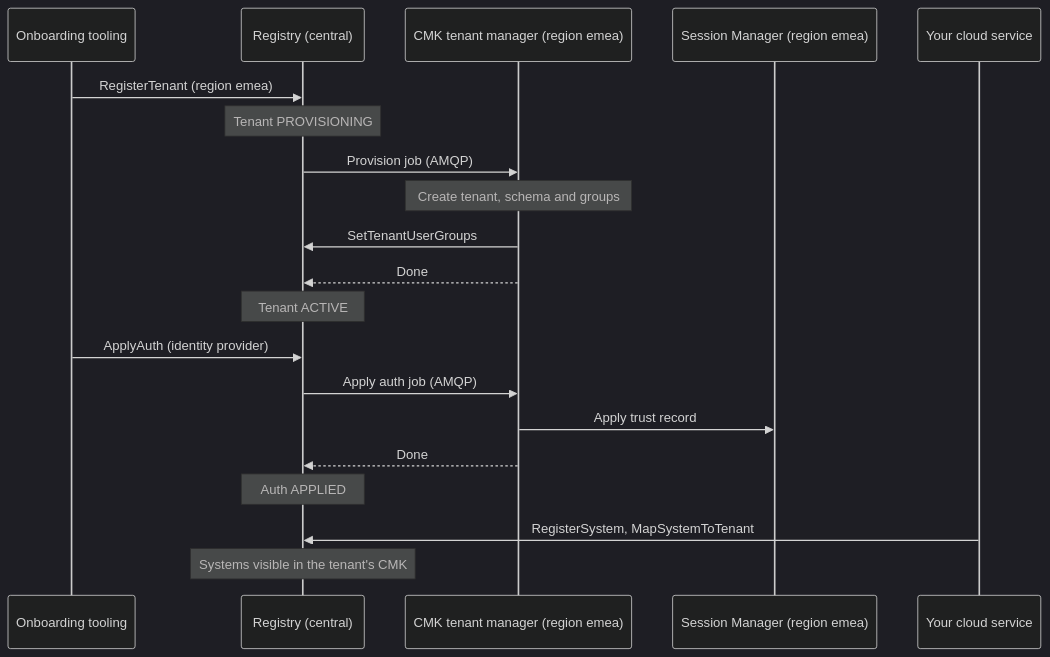
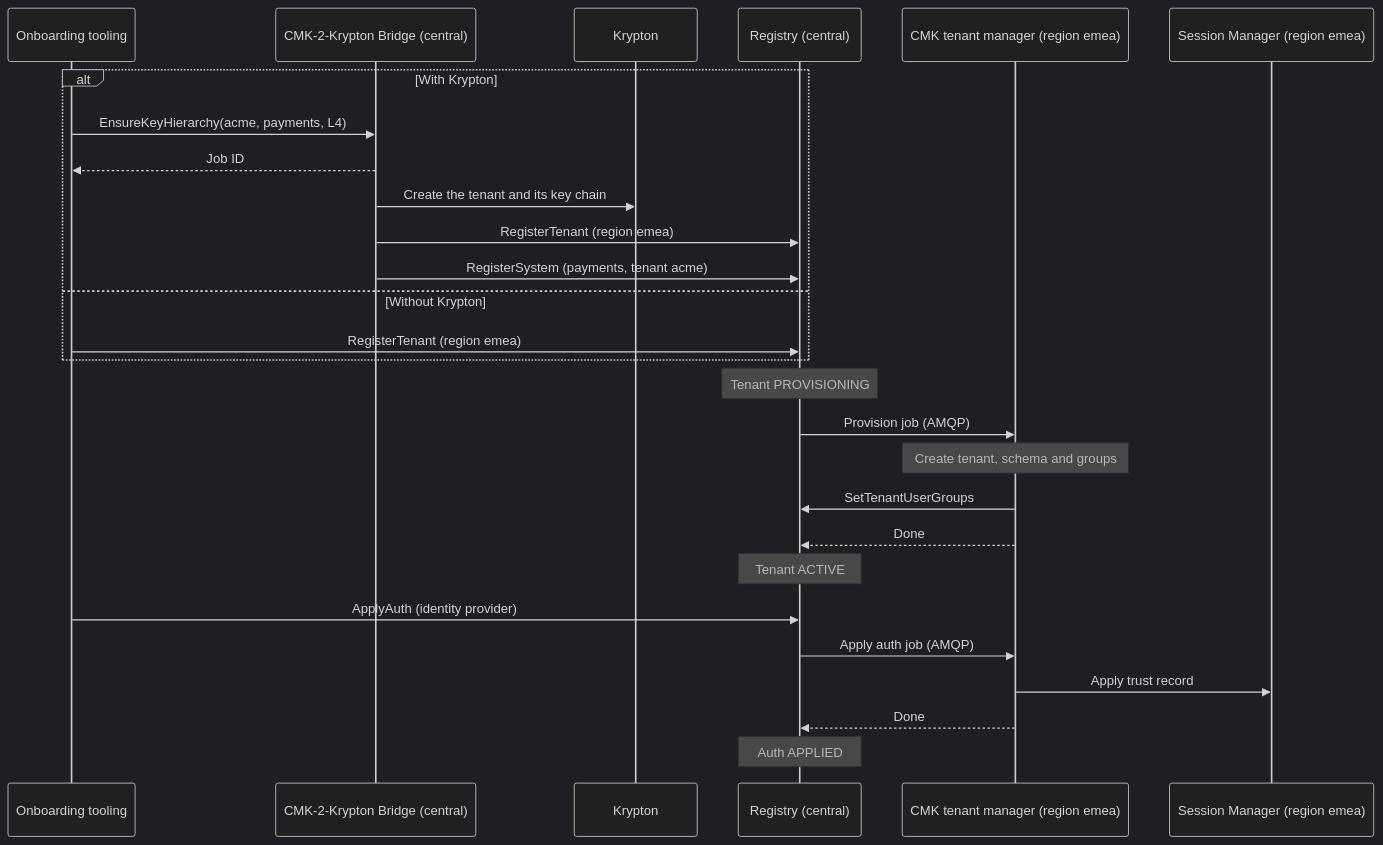
One commit to openkcm/openkcm.github.io changed the first of 2 diagrams in docs/components/cmk/tenant-integration.md. Above: the diagram before and after it, drawn with Mermaid (dark theme). The commit also changed other lines of this file and 17 other files, not shown here.

Commit message:
fix: improve the krypton and the architecture reference documentation

````diff
--- a/docs/components/cmk/tenant-integration.md
+++ b/docs/components/cmk/tenant-integration.md
@@ -24,22 +37,29 @@
 ```mermaid
 sequenceDiagram
     participant Tool as Onboarding tooling
+    participant BR as CMK-2-Krypton Bridge (central)
+    participant KR as Krypton
     participant Reg as Registry (central)
     participant CMK as CMK tenant manager (region emea)
     participant SM as Session Manager (region emea)
-    participant Svc as Your cloud service
-    Tool->>Reg: RegisterTenant (region emea)
+    alt With Krypton
+        Tool->>BR: EnsureKeyHierarchy(acme, payments, L4)
+        BR-->>Tool: Job ID
+        BR->>KR: Create the tenant and its key chain
+        BR->>Reg: RegisterTenant (region emea)
+        BR->>Reg: RegisterSystem (payments, tenant acme)
+    else Without Krypton
+        Tool->>Reg: RegisterTenant (region emea)
+    end
     Note over Reg: Tenant PROVISIONING
     Reg->>CMK: Provision job (AMQP)
     Note over CMK: Create tenant, schema and groups
     CMK->>Reg: SetTenantUserGroups
     CMK-->>Reg: Done
     Note over Reg: Tenant ACTIVE
     Tool->>Reg: ApplyAuth (identity provider)
     Reg->>CMK: Apply auth job (AMQP)
     CMK->>SM: Apply trust record
     CMK-->>Reg: Done
     Note over Reg: Auth APPLIED
-    Svc->>Reg: RegisterSystem, MapSystemToTenant
-    Note over Reg: Systems visible in the tenant's CMK
 ```
````
